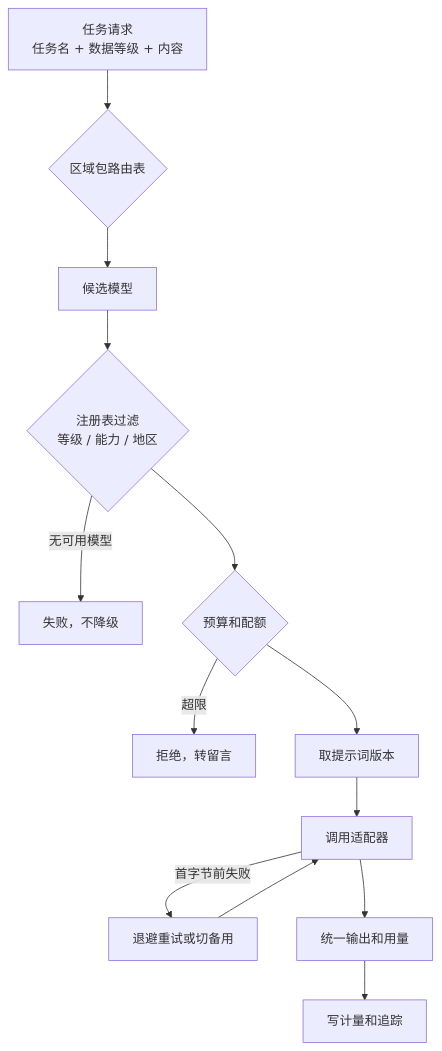
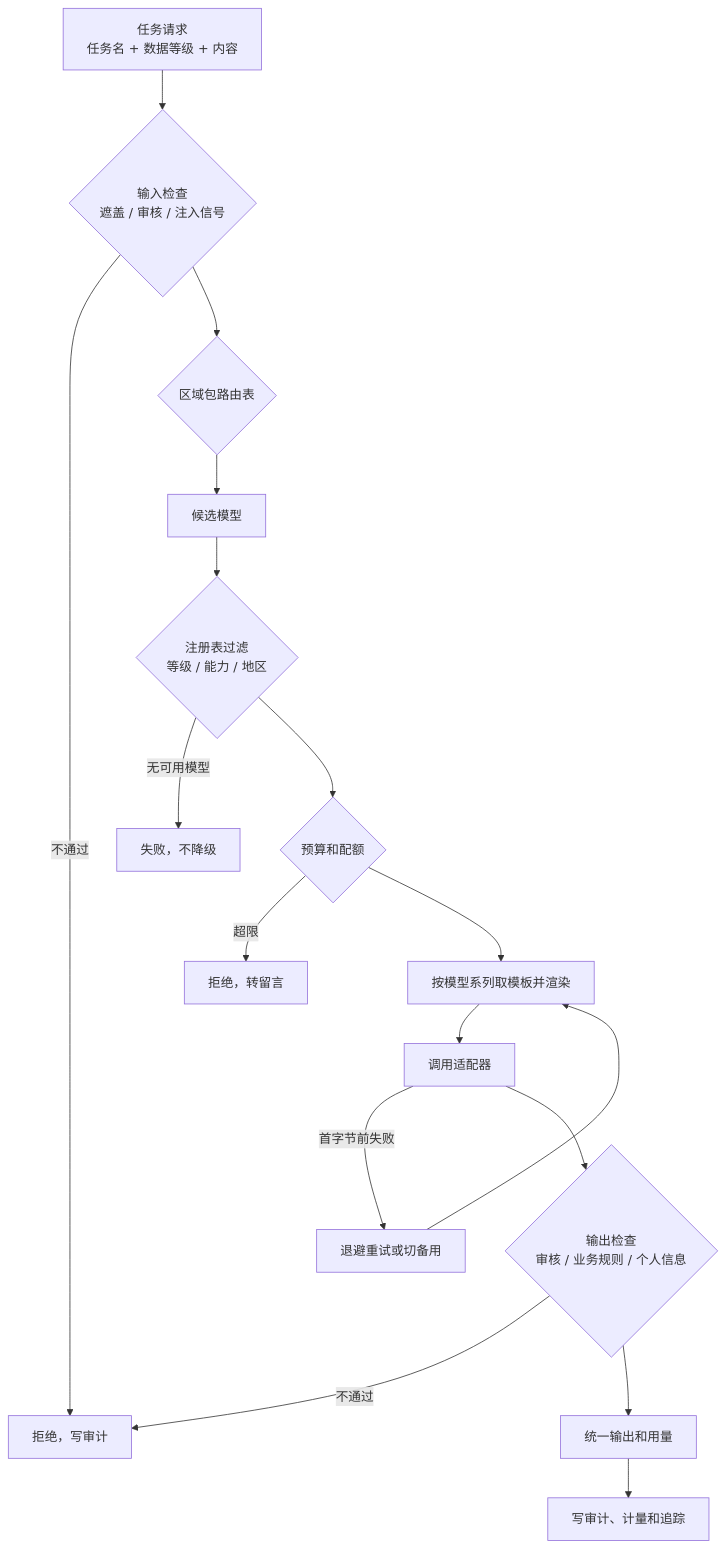
One commit to brix-kit-dev/intergent changed the sixth of 9 diagrams in docs/ai-engine-architecture-blueprint.md. Above: the diagram before and after it, drawn with Mermaid. The commit also changed other lines of this file, not shown here.

````diff
--- a/docs/ai-engine-architecture-blueprint.md
+++ b/docs/ai-engine-architecture-blueprint.md
@@ -651,15 +653,19 @@
 ```mermaid
 flowchart TD
-    A["任务请求<br/>任务名 + 数据等级 + 内容"] --> B{"区域包路由表"}
+    A["任务请求<br/>任务名 + 数据等级 + 内容"] --> K{"输入检查<br/>遮盖 / 审核 / 注入信号"}
+    K -->|"不通过"| W["拒绝，写审计"]
+    K --> B{"区域包路由表"}
     B --> C["候选模型"]
     C --> D{"注册表过滤<br/>等级 / 能力 / 地区"}
     D -->|"无可用模型"| X["失败，不降级"]
     D --> E{"预算和配额"}
     E -->|"超限"| Y["拒绝，转留言"]
-    E --> F["取提示词版本"]
+    E --> F["按模型系列取模板并渲染"]
     F --> G["调用适配器"]
     G -->|"首字节前失败"| H["退避重试或切备用"]
-    H --> G
-    G --> I["统一输出和用量"]
-    I --> J["写计量和追踪"]
+    H --> F
+    G --> L{"输出检查<br/>审核 / 业务规则 / 个人信息"}
+    L -->|"不通过"| W
+    L --> I["统一输出和用量"]
+    I --> J["写审计、计量和追踪"]
 ```
````
